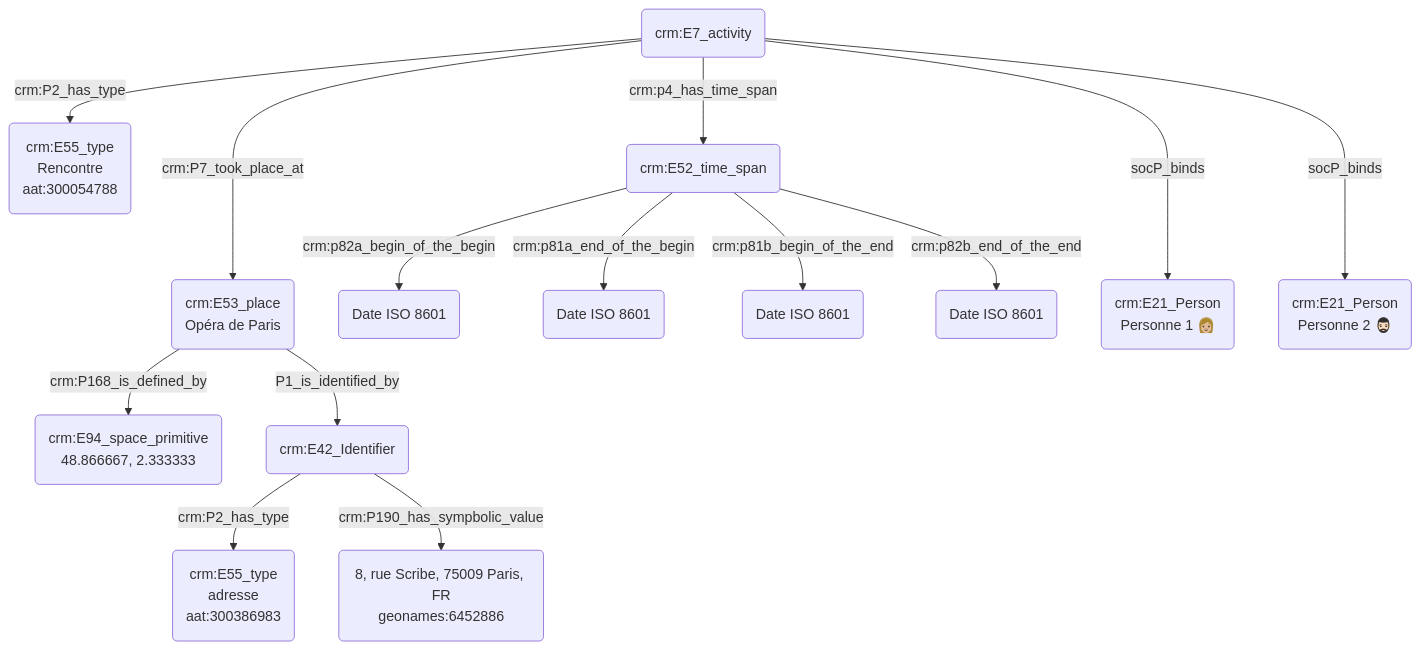
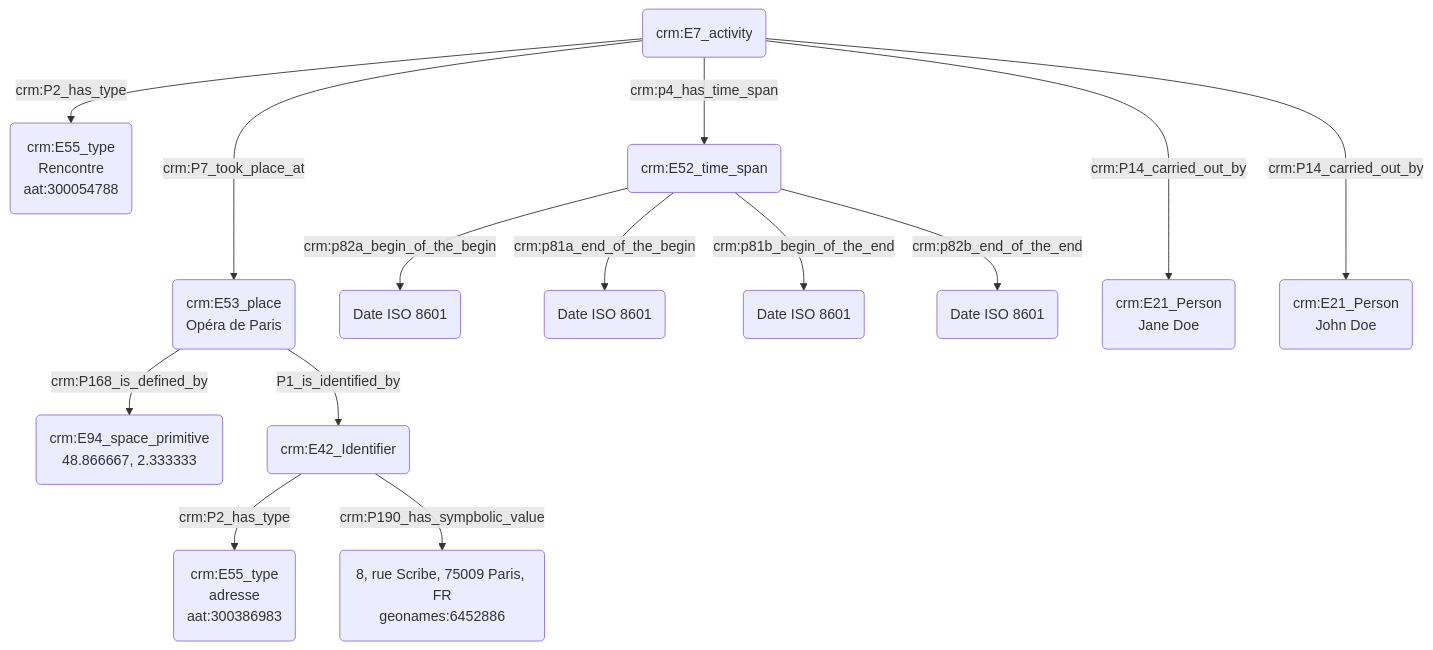
Before and after one commit to Amleth/consortium-musica2-gt2-ontologies: the diagram in modules/livrables/Dossier 2/Prosopographie/rencontre de quelqu'un dans un lieu fréquenté par les deux personnes.md, drawn with Mermaid.

Commit message:
Update rencontre de quelqu'un dans un lieu fréquenté par les deux personnes.md

````diff
--- a/modules/livrables/Dossier 2/Prosopographie/rencontre de quelqu'un dans un lieu fréquenté par les deux personnes.md
+++ b/modules/livrables/Dossier 2/Prosopographie/rencontre de quelqu'un dans un lieu fréquenté par les deux personnes.md
@@ -11,21 +11,21 @@
 ```mermaid
 graph TD;
 
 K(crm:E7_activity<br>rencontre) --->|crm:P7_took_place_at| M(crm:E53_place<br>Opéra de Paris)
 M(crm:E53_place<br>Opéra de Paris) --> |crm:P168_is_defined_by| N(crm:E94_space_primitive
 48.866667, 2.333333)
 M(crm:E53_place<br>Opéra de Paris) --> |P1_is_identified_by| O(crm:E42_Identifier)
 O(crm:E42_Identifier) --> |crm:P2_has_type| P(crm:E55_type<br>adresse<br>aat:300386983)
 O(crm:E42_Identifier) --> |crm:P190_has_sympbolic_value| Q(8, rue Scribe, 75009 Paris, FR<br>geonames:6452886)
 K(crm:E7_activity<br>recontre) --> |crm:P2_has_type| L(crm:E55_type<br>Rencontre<br>aat:300054788)
  
 K(crm:E7_activity) --> |crm:p4_has_time_span| D(crm:E52_time_span)
 D(crm:E52_time_span) --> |crm:p82a_begin_of_the_begin| E("Date ISO 8601")
 D(crm:E52_time_span) --> |crm:p81a_end_of_the_begin| F("Date ISO 8601")
 D(crm:E52_time_span) --> |crm:p81b_begin_of_the_end|G("Date ISO 8601")
 D(crm:E52_time_span) --> |crm:p82b_end_of_the_end| H("Date ISO 8601")
 
-K(crm:E7_activity) --->|socP_binds| A("crm:E21_Person<br>Personne 1 👩🏼")
-K(crm:E7_activity) --->|socP_binds| J("crm:E21_Person<br>Personne 2 🧔🏻‍♂️")
+K(crm:E7_activity) --->|crm:P14_carried_out_by| A(crm:E21_Person<br>Jane Doe)
+K(crm:E7_activity) --->|crm:P14_carried_out_by| J(crm:E21_Person<br>John Doe)
 
 ```
````
